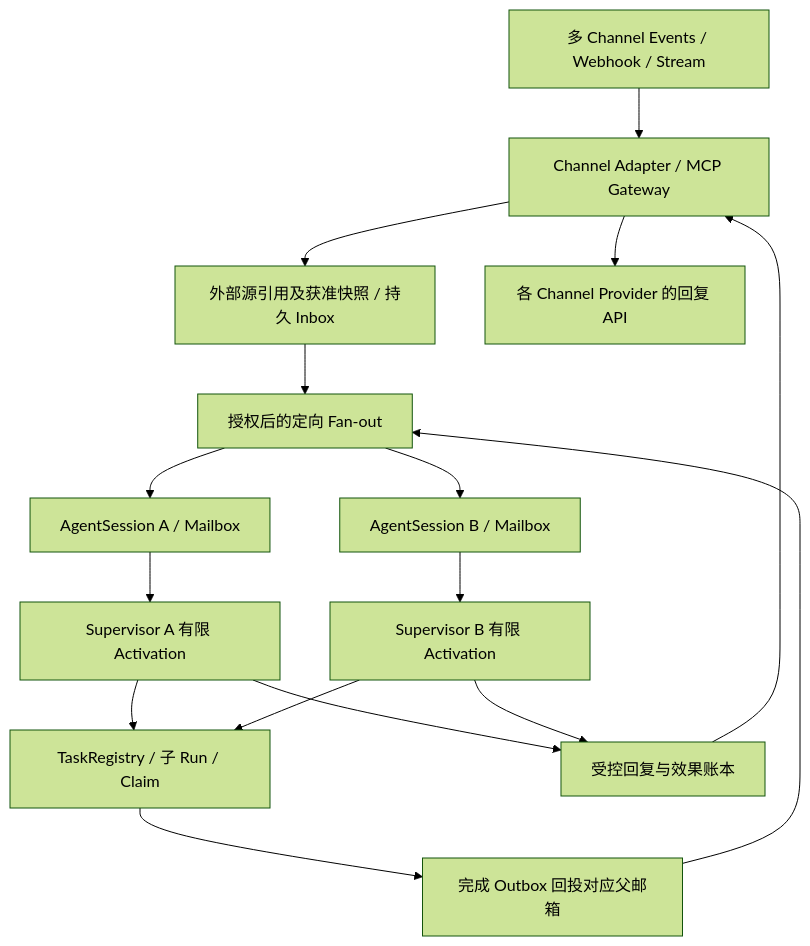
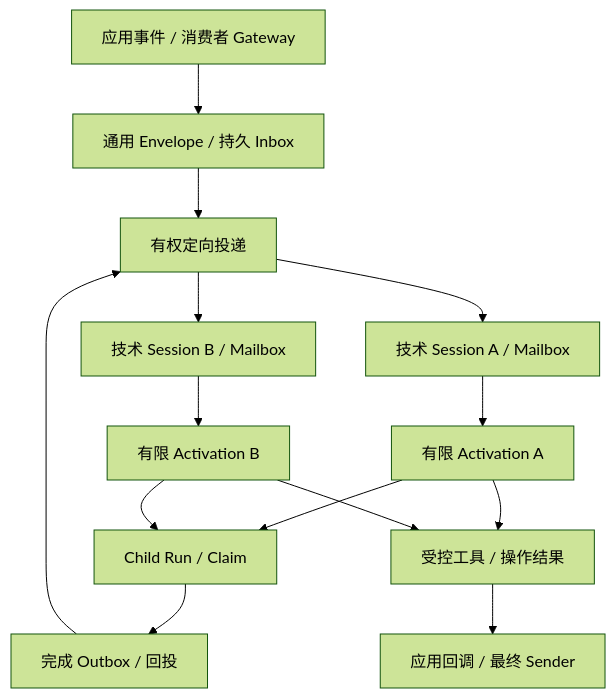
The diagram in docs/调研-多Agent持久协作方案横评.md (BingdiLotus/chronotope), drawn with Mermaid (forest theme) before and after one commit. The commit also changed other lines of this file and 10 other files, not shown here.

````diff
--- a/docs/调研-多Agent持久协作方案横评.md
+++ b/docs/调研-多Agent持久协作方案横评.md
@@ -206,18 +200,16 @@
 ```mermaid
 flowchart TD
-    S[多 Channel Events / Webhook / Stream] --> G[Channel Adapter / MCP Gateway]
-    G --> I[外部源引用及获准快照 / 持久 Inbox]
-    I --> F[授权后的定向 Fan-out]
-    F --> A[AgentSession A / Mailbox]
-    F --> B[AgentSession B / Mailbox]
-    A --> PA[Supervisor A 有限 Activation]
-    B --> PB[Supervisor B 有限 Activation]
-    PA --> T[TaskRegistry / 子 Run / Claim]
+    APP[应用事件 / 消费者 Gateway] --> I[通用 Envelope / 持久 Inbox]
+    I --> F[有权定向投递]
+    F --> A[技术 Session A / Mailbox]
+    F --> B[技术 Session B / Mailbox]
+    A --> PA[有限 Activation A]
+    B --> PB[有限 Activation B]
+    PA --> T[Child Run / Claim]
     PB --> T
-    T --> R[完成 Outbox 回投对应父邮箱]
+    T --> R[完成 Outbox / 回投]
     R --> F
-    PA --> D[受控回复与效果账本]
+    PA --> D[受控工具 / 操作结果]
     PB --> D
-    D --> G
-    G --> W[各 Channel Provider 的回复 API]
+    D --> C[应用回调 / 最终 Sender]
 ```
````
